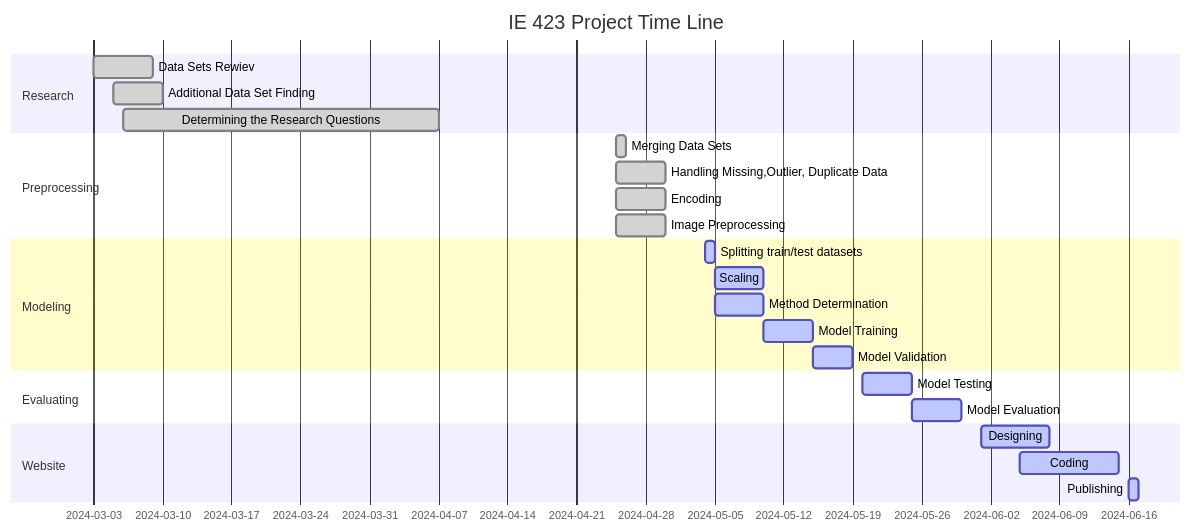
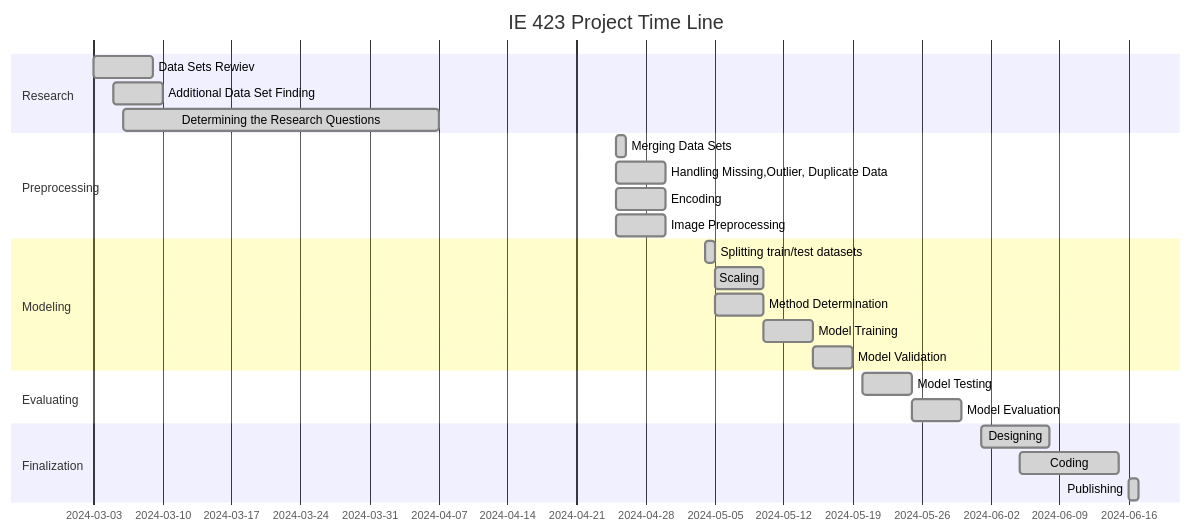
The diagram in README.md (BILGI-IE-423/ie423-2024-termproject-ai-world), drawn with Mermaid before and after one commit.

````diff
--- a/README.md
+++ b/README.md
@@ -148,35 +148,35 @@
 ```mermaid
 
 gantt
        dateFormat  YYYY-MM-DD
        title IE 423 Project Time Line
 
        section Research
        Data Sets Rewiev                                   :done, des1, 2024-03-03,6d
        Additional Data Set Finding                        :done, des2, 2024-03-05,5d
        Determining the Research Questions                 :done, des3, 2024-03-06,2024-04-07
 
        section Preprocessing
        Merging Data Sets                                  :done, des4, 2024-04-25, 1d
        Handling Missing,Outlier, Duplicate Data           :done, des5, 2024-04-25, 5d
        Encoding                                           :done, des6, 2024-04-25, 5d
        Image Preprocessing                                :done, des7, 2024-04-25, 5d
 
        section Modeling
-       Splitting train/test datasets                      :active, des8, 2024-05-04, 1d
-       Scaling                                            :active, des9, 2024-05-05, 5d
-       Method Determination                               :active, des10, 2024-05-05, 5d
-       Model Training                                     :active, des11, 2024-05-10, 5d
-       Model Validation                                   :active, des12, 2024-05-15, 4d
+       Splitting train/test datasets                      :done, des8, 2024-05-04, 1d
+       Scaling                                            :done, des9, 2024-05-05, 5d
+       Method Determination                               :done, des10, 2024-05-05, 5d
+       Model Training                                     :done, des11, 2024-05-10, 5d
+       Model Validation                                   :done, des12, 2024-05-15, 4d
 
        section Evaluating
-       Model Testing                                      :active, des13, 2024-05-20,5d
-       Model Evaluation                                   :active, des14, 2024-05-25, 5d
+       Model Testing                                      :done, des13, 2024-05-20,5d
+       Model Evaluation                                   :done, des14, 2024-05-25, 5d
 
-       section Website
-       Designing                                          :active, des15, 2024-06-01,7d
-       Coding                                             :active, des16, 2024-06-05,10d
-       Publishing                                         :active, des17, 2024-06-16, 1d
+       section Finalization
+       Designing                                          :done, des15, 2024-06-01,7d
+       Coding                                             :done, des16, 2024-06-05,10d
+       Publishing                                         :done, des17, 2024-06-16, 1d
     
 
 ```
````
